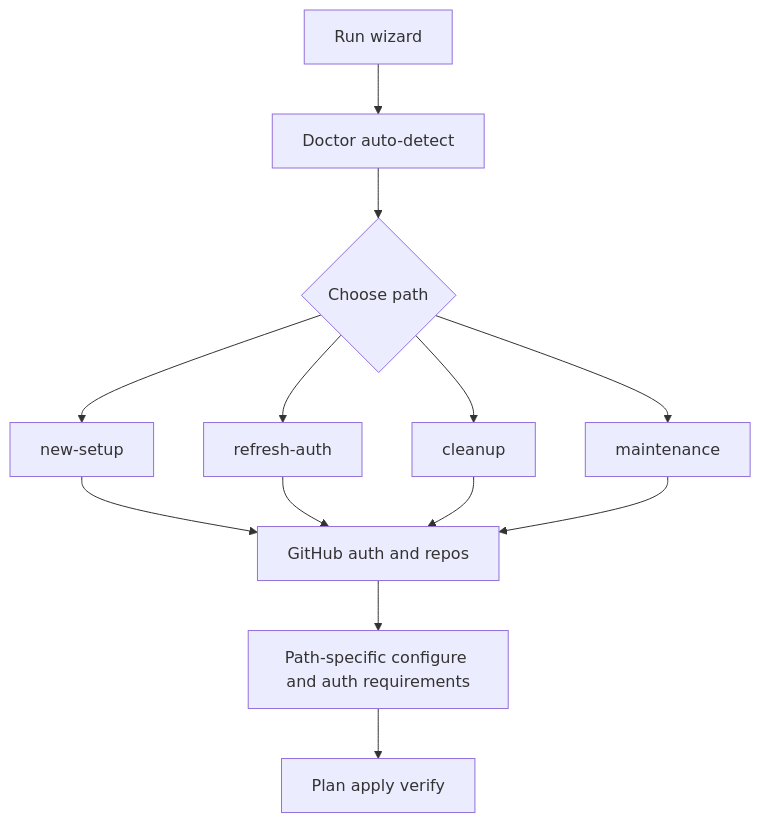
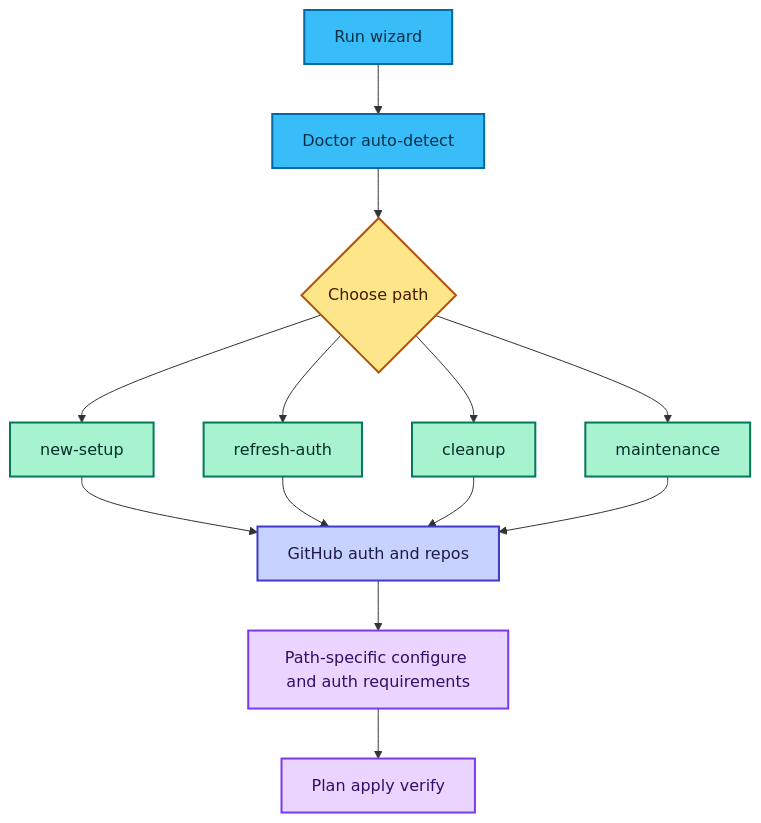
Before and after one commit to EvotecIT/IntelligenceX: the diagram in Docs/reviewer/onboarding-wizard.md, drawn with Mermaid. The commit also changed 9 other files, not shown here.

Commit message:
feat(docs): theme-aware colorful mermaid diagrams across key workflows

````diff
--- a/Docs/reviewer/onboarding-wizard.md
+++ b/Docs/reviewer/onboarding-wizard.md
@@ -25,15 +25,27 @@
 ```mermaid
 flowchart TD
+  classDef start fill:#38BDF8,stroke:#0369A1,color:#082F49,stroke-width:2px;
+  classDef decision fill:#FDE68A,stroke:#B45309,color:#451A03,stroke-width:2px;
+  classDef path fill:#A7F3D0,stroke:#047857,color:#052E2B,stroke-width:2px;
+  classDef converge fill:#C7D2FE,stroke:#4338CA,color:#1E1B4B,stroke-width:2px;
+  classDef finish fill:#E9D5FF,stroke:#7C3AED,color:#2E1065,stroke-width:2px;
+
   A["Run wizard"] --> B["Doctor auto-detect"]
   B --> C{"Choose path"}
   C --> D["new-setup"]
   C --> E["refresh-auth"]
   C --> F["cleanup"]
   C --> G["maintenance"]
   D --> H["GitHub auth and repos"]
   E --> H
   F --> H
   G --> H
   H --> I["Path-specific configure and auth requirements"]
   I --> J["Plan apply verify"]
+
+  class A,B start;
+  class C decision;
+  class D,E,F,G path;
+  class H converge;
+  class I,J finish;
 ```
````
